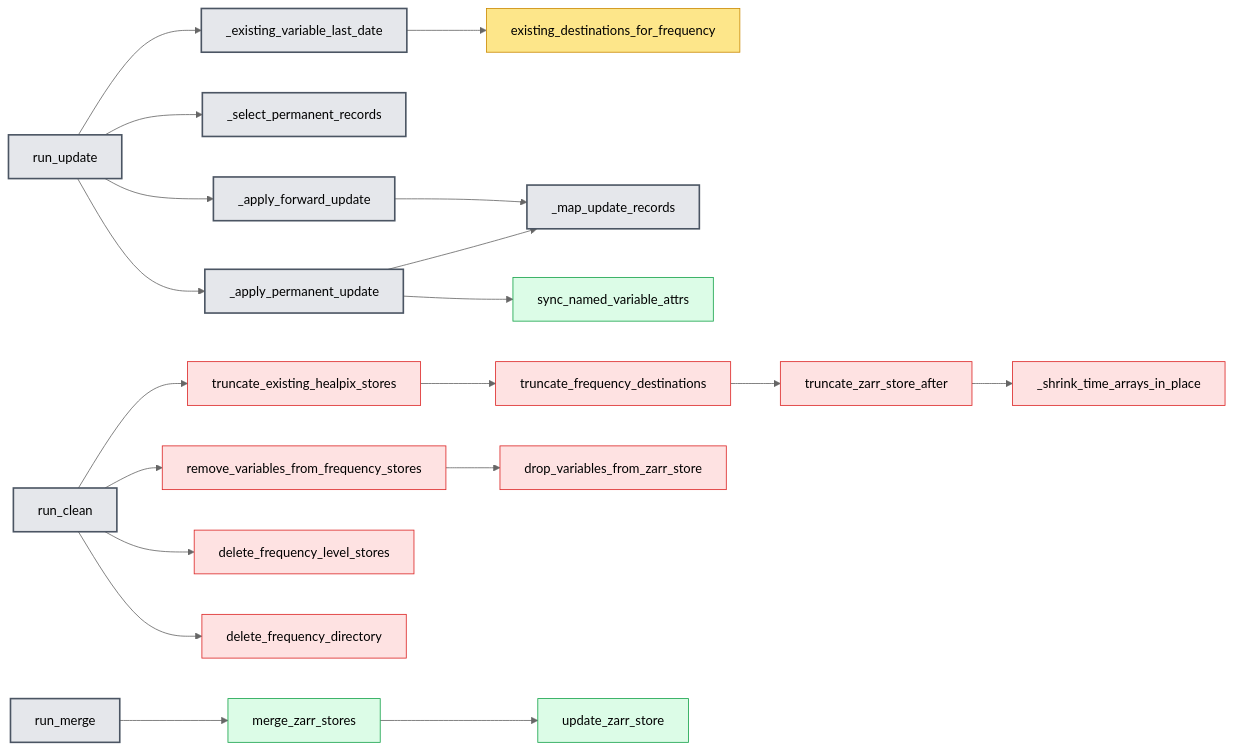
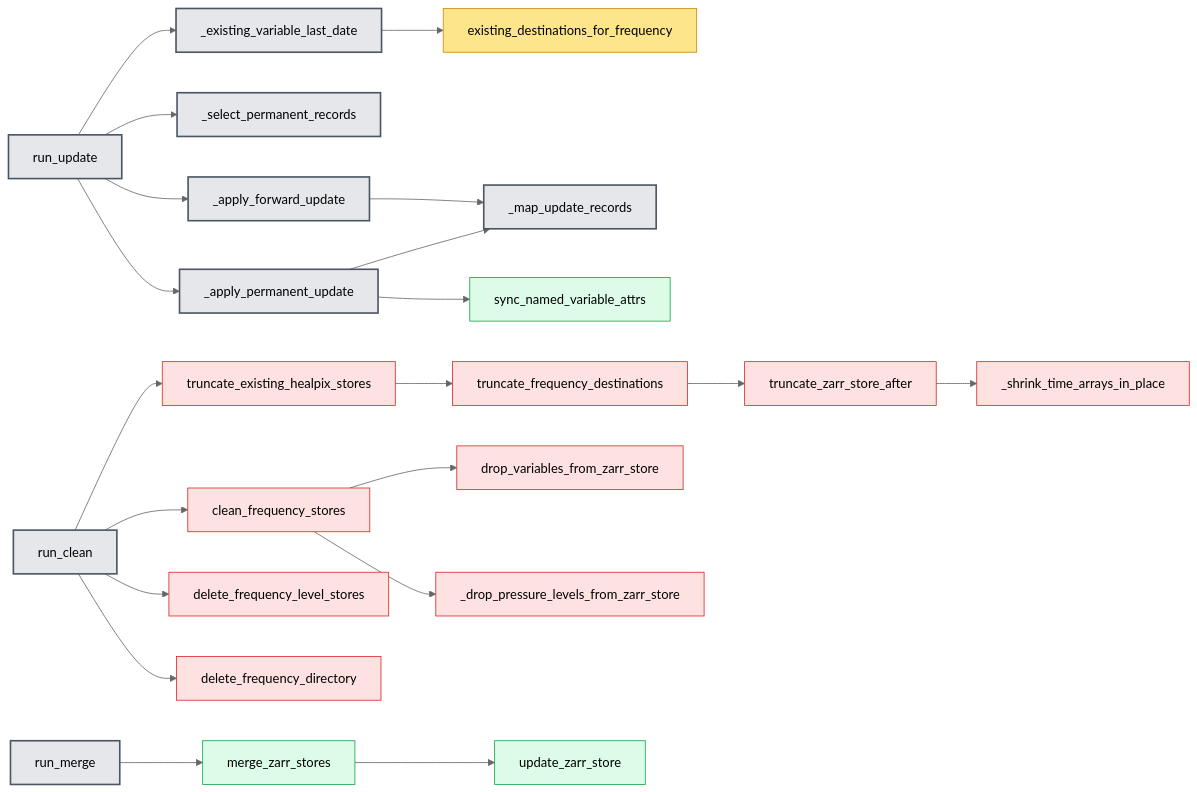
One commit to freva-org/grid-doctor changed the fourth of 11 diagrams in scripts/era5land/FUNCTION_CALL_GRAPH.md. Above: the diagram before and after it, drawn with Mermaid (neutral theme). The commit also changed other lines of this file and 11 other files, not shown here.

First line of the commit message:
feat(clean): support pressure-level cleanup and stable plev updates

````diff
--- a/scripts/era5land/FUNCTION_CALL_GRAPH.md
+++ b/scripts/era5land/FUNCTION_CALL_GRAPH.md
@@ -173,28 +173,29 @@
 ```mermaid
 flowchart LR
     UPDATE[run_update]:::remapper --> LAST[_existing_variable_last_date]:::remapper
     LAST --> EXISTING[existing_destinations_for_frequency]:::formatter
     UPDATE --> PERM[_select_permanent_records]:::remapper
     UPDATE --> APPLY_PERM[_apply_permanent_update]:::remapper
     UPDATE --> APPLY_FORWARD[_apply_forward_update]:::remapper
     APPLY_PERM --> UPDATE_MAP[_map_update_records]:::remapper
     APPLY_FORWARD --> UPDATE_MAP
     APPLY_PERM --> SYNC[sync_named_variable_attrs]:::zarr_publisher
 
     CLEAN[run_clean]:::remapper --> TRUNC[truncate_existing_healpix_stores]:::cleanup
     TRUNC --> TRUNC_FREQ[truncate_frequency_destinations]:::cleanup
     TRUNC_FREQ --> SHRINK[truncate_zarr_store_after]:::cleanup
     SHRINK --> SHRINK_ARRAYS[_shrink_time_arrays_in_place]:::cleanup
-    CLEAN --> REMOVE[remove_variables_from_frequency_stores]:::cleanup
+    CLEAN --> REMOVE[clean_frequency_stores]:::cleanup
     REMOVE --> DROP[drop_variables_from_zarr_store]:::cleanup
+    REMOVE --> DROP_PLEV[_drop_pressure_levels_from_zarr_store]:::cleanup
     CLEAN --> DELETE_LEVEL[delete_frequency_level_stores]:::cleanup
     CLEAN --> DELETE_FREQ[delete_frequency_directory]:::cleanup
 
     MERGE[run_merge]:::remapper --> MERGE_STORES[merge_zarr_stores]:::zarr_publisher
     MERGE_STORES --> PUBLISH[update_zarr_store]:::zarr_publisher
 
     classDef remapper fill:#e5e7eb,stroke:#4b5563,color:#000000,stroke-width:2px
     classDef formatter fill:#fde68a,stroke:#ca8a04,color:#000000
     classDef cleanup fill:#fee2e2,stroke:#dc2626,color:#000000
     classDef zarr_publisher fill:#dcfce7,stroke:#16a34a,color:#000000
 ```
````
